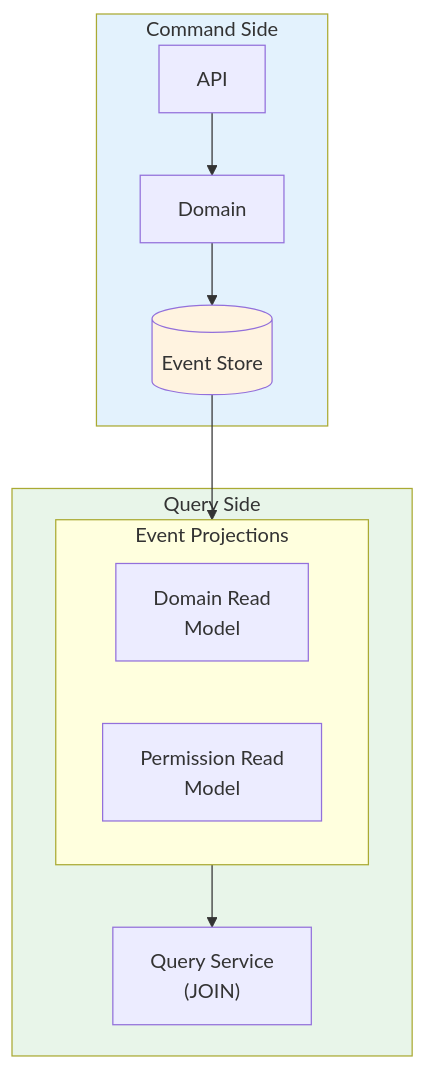
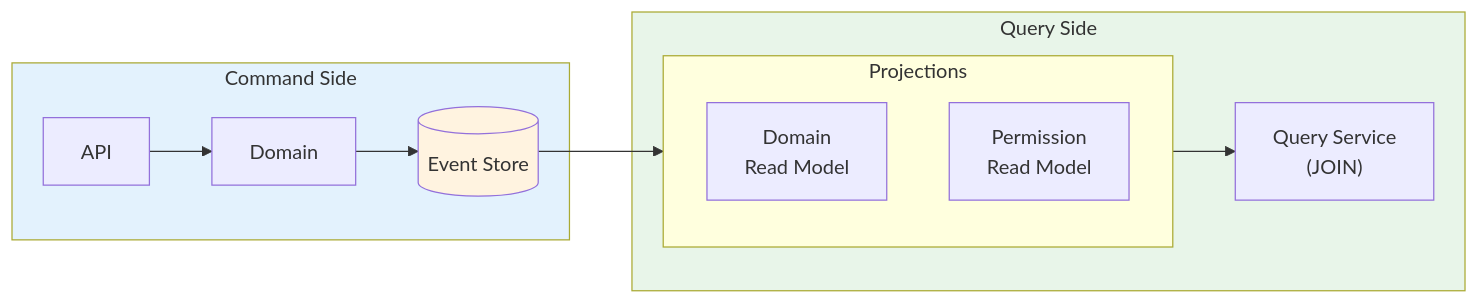
Before and after one commit to Gyeom/dev-notes: the second of 2 diagrams in content/posts/2025-01-15-openfga-rebac-limitations.md, drawn with Mermaid. The commit also changed 1 other file, not shown here.

Commit message:
Improve: 아키텍처 다이어그램을 LR 방향으로 변경
파이프라인 흐름을 표현하는 다이어그램은 TB(위→아래)보다
LR(왼쪽→오른쪽)이 더 자연스럽다.

변경된 다이어그램:
- Materialize 패턴: Write → Sync → Read
- 실제 아키텍처 예시: App → Auth → Consumer
- CQRS 아키텍처: Command → Query

노드 텍스트도 LR 레이아웃에 맞게 간결하게 수정

🤖 Generated with [Claude Code](https://claude.com/claude-code)

````diff
--- a/content/posts/2025-01-15-openfga-rebac-limitations.md
+++ b/content/posts/2025-01-15-openfga-rebac-limitations.md
@@ -355,21 +355,21 @@
 ```mermaid
-flowchart TB
+flowchart LR
     subgraph Command ["Command Side"]
         API[API] --> Domain[Domain]
         Domain --> ES[(Event Store)]
     end
 
     ES --> Proj
 
     subgraph Query ["Query Side"]
-        subgraph Proj ["Event Projections"]
-            DRM["Domain Read<br/>Model"]
-            PRM["Permission Read<br/>Model"]
+        subgraph Proj ["Projections"]
+            DRM["Domain<br/>Read Model"]
+            PRM["Permission<br/>Read Model"]
         end
         Proj --> QS["Query Service<br/>(JOIN)"]
     end
 
     style Command fill:#e3f2fd
     style Query fill:#e8f5e9
     style ES fill:#fff3e0
 ```
````
